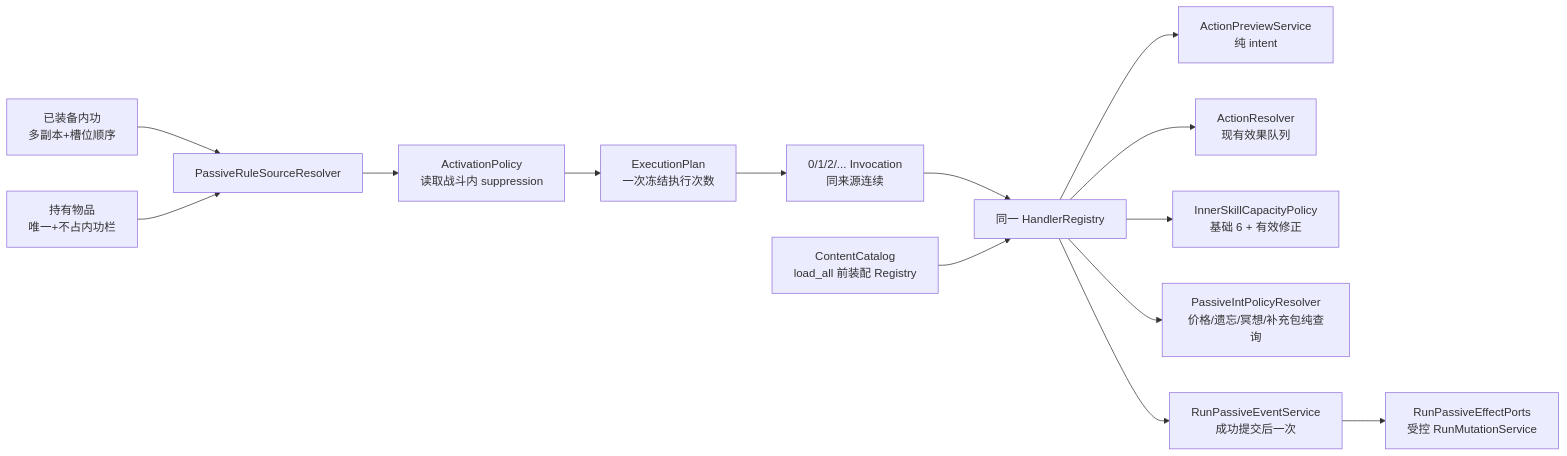
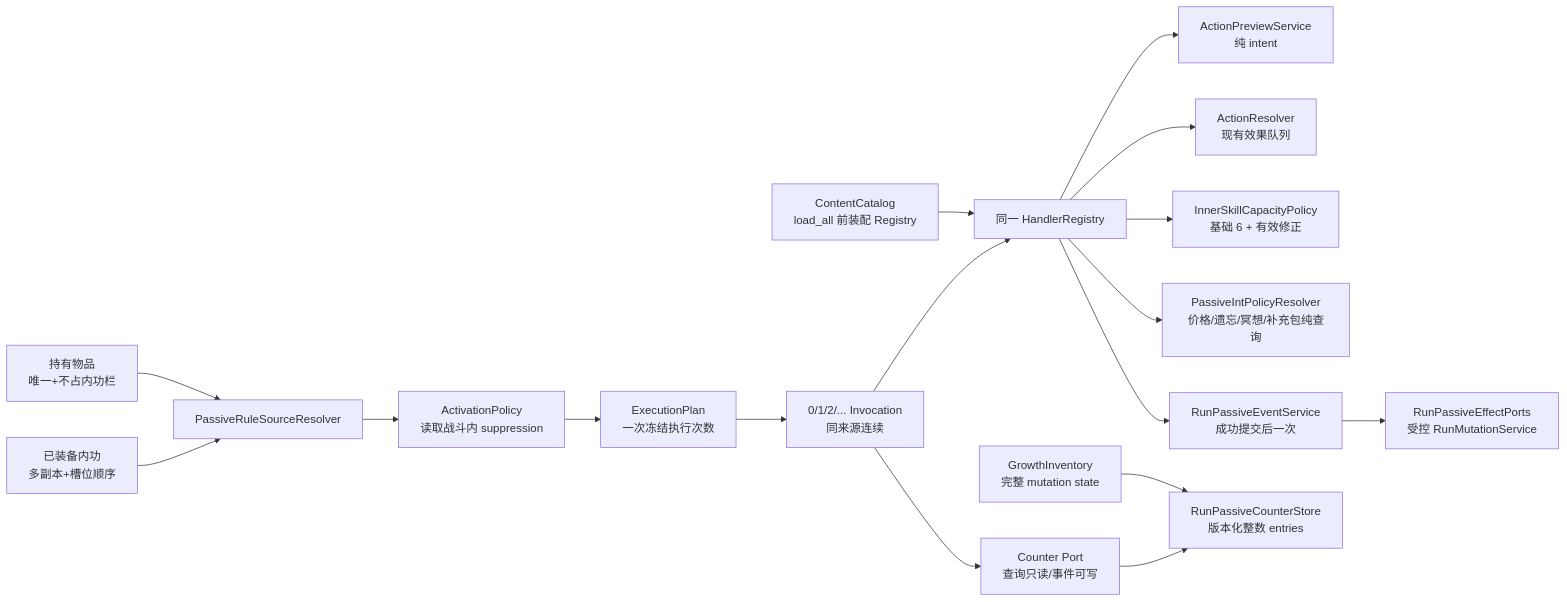
Before and after one commit to duguyumei/games: diagram 15 of 15 in combo_duel_vslice/docs/architecture-diagrams.md, drawn with Mermaid. The commit also changed other lines of this file and 23 other files, not shown here.

````diff
--- a/combo_duel_vslice/docs/architecture-diagrams.md
+++ b/combo_duel_vslice/docs/architecture-diagrams.md
@@ -545,16 +545,19 @@
 ```mermaid
 flowchart LR
     INNER["已装备内功<br/>多副本+槽位顺序"] --> SRC["PassiveRuleSourceResolver"]
     ITEM["持有物品<br/>唯一+不占内功栏"] --> SRC
     SRC --> ACT["ActivationPolicy<br/>读取战斗内 suppression"]
     ACT --> PLAN["ExecutionPlan<br/>一次冻结执行次数"]
     PLAN --> INV["0/1/2/... Invocation<br/>同来源连续"]
     INV --> REG["同一 HandlerRegistry"]
     REG --> PREVIEW["ActionPreviewService<br/>纯 intent"]
     REG --> RESOLVE["ActionResolver<br/>现有效果队列"]
     REG --> CAP["InnerSkillCapacityPolicy<br/>基础 6 + 有效修正"]
     REG --> INT["PassiveIntPolicyResolver<br/>价格/遗忘/冥想/补充包纯查询"]
     REG --> EVENT["RunPassiveEventService<br/>成功提交后一次"]
     EVENT --> PORTS["RunPassiveEffectPorts<br/>受控 RunMutationService"]
+    INV --> CPORT["Counter Port<br/>查询只读/事件可写"]
+    CPORT --> CSTORE["RunPassiveCounterStore<br/>版本化整数 entries"]
+    GROWTH["GrowthInventory<br/>完整 mutation state"] --> CSTORE
     CAT["ContentCatalog<br/>load_all 前装配 Registry"] --> REG
 ```
````
